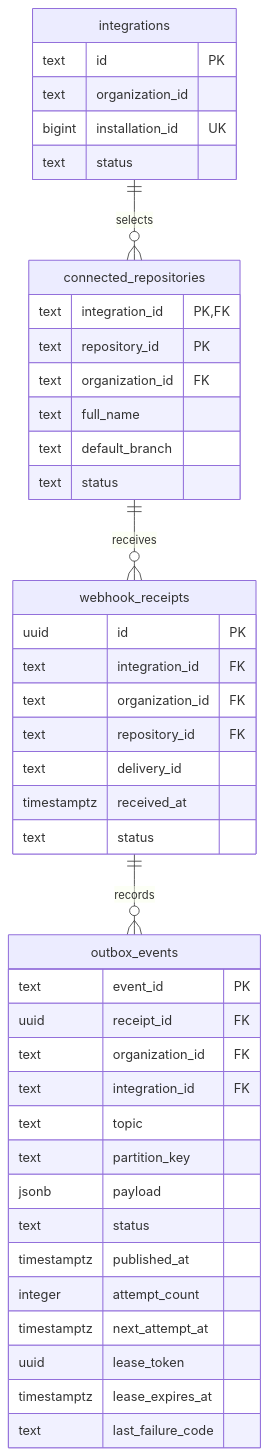
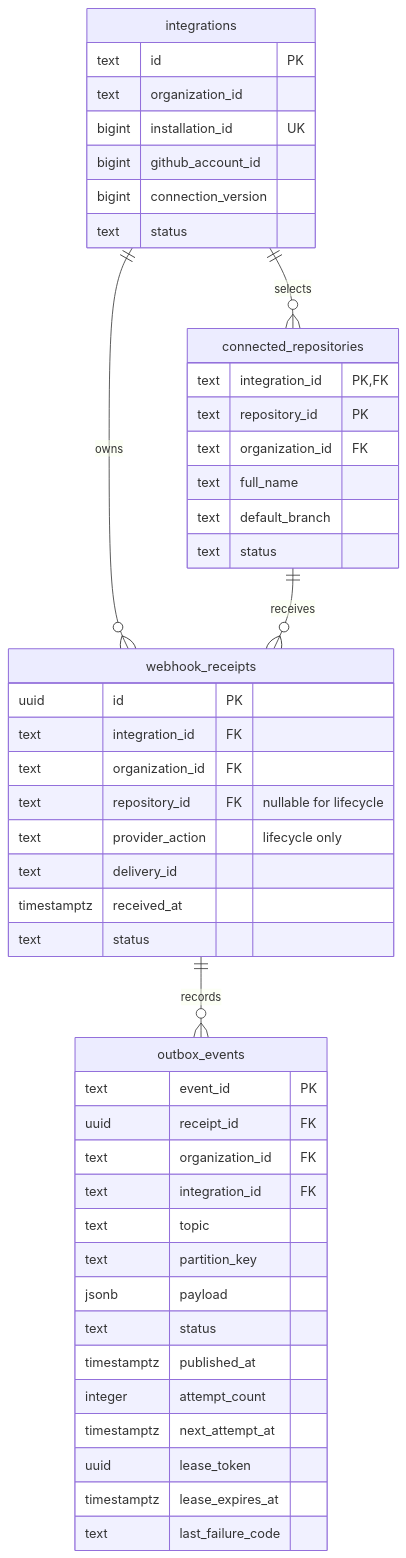
The third of 12 diagrams in backend/README.md (ChangeGuardHQ/changuard-platform), drawn with Mermaid before and after one commit. The commit also changed other lines of this file and 39 other files, not shown here.

Commit message:
implemented github connection and processing with Basic auth and trusted organization/admin bindings

````diff
--- a/backend/README.md
+++ b/backend/README.md
@@ -356,45 +373,49 @@
 ```mermaid
 erDiagram
     integrations ||--o{ connected_repositories : selects
+    integrations ||--o{ webhook_receipts : owns
     connected_repositories ||--o{ webhook_receipts : receives
     webhook_receipts ||--o{ outbox_events : records
     integrations {
         text id PK
         text organization_id
         bigint installation_id UK
+        bigint github_account_id
+        bigint connection_version
         text status
     }
     connected_repositories {
         text integration_id PK,FK
         text repository_id PK
         text organization_id FK
         text full_name
         text default_branch
         text status
     }
     webhook_receipts {
         uuid id PK
         text integration_id FK
         text organization_id FK
-        text repository_id FK
+        text repository_id FK "nullable for lifecycle"
+        text provider_action "lifecycle only"
         text delivery_id
         timestamptz received_at
         text status
     }
     outbox_events {
         text event_id PK
         uuid receipt_id FK
         text organization_id FK
         text integration_id FK
         text topic
         text partition_key
         jsonb payload
         text status
         timestamptz published_at
         integer attempt_count
         timestamptz next_attempt_at
         uuid lease_token
         timestamptz lease_expires_at
         text last_failure_code
     }
 ```
````
